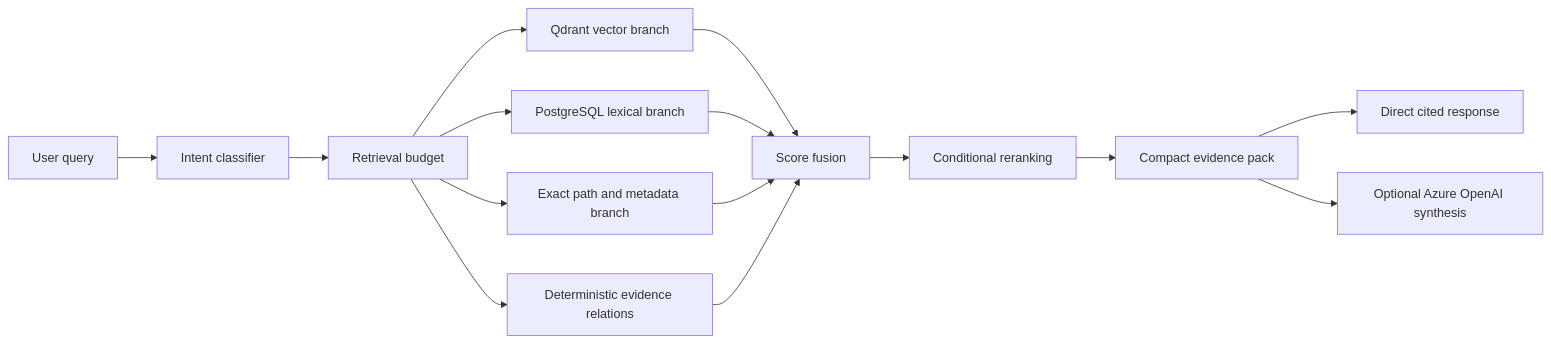
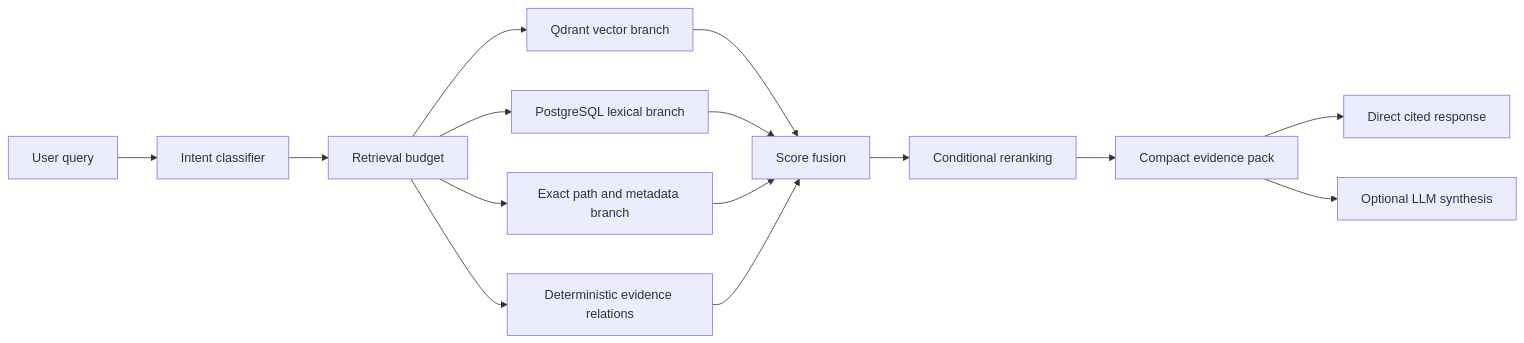
One commit to Auro-rium/Ops-Incident-Core changed the third of 3 diagrams in technical.md. Above: the diagram before and after it, drawn with Mermaid. The commit also changed other lines of this file and 1 other file, not shown here.

```diff
--- a/technical.md
+++ b/technical.md
@@ -178,17 +191,17 @@
 ~~~mermaid
 flowchart LR
   Q[User query] --> I[Intent classifier]
   I --> B[Retrieval budget]
   B --> V[Qdrant vector branch]
   B --> L[PostgreSQL lexical branch]
   B --> X[Exact path and metadata branch]
   B --> G[Deterministic evidence relations]
   V --> F[Score fusion]
   L --> F
   X --> F
   G --> F
   F --> R[Conditional reranking]
   R --> P[Compact evidence pack]
   P --> D[Direct cited response]
-  P --> S[Optional Azure OpenAI synthesis]
+  P --> S[Optional LLM synthesis]
 ~~~
```
